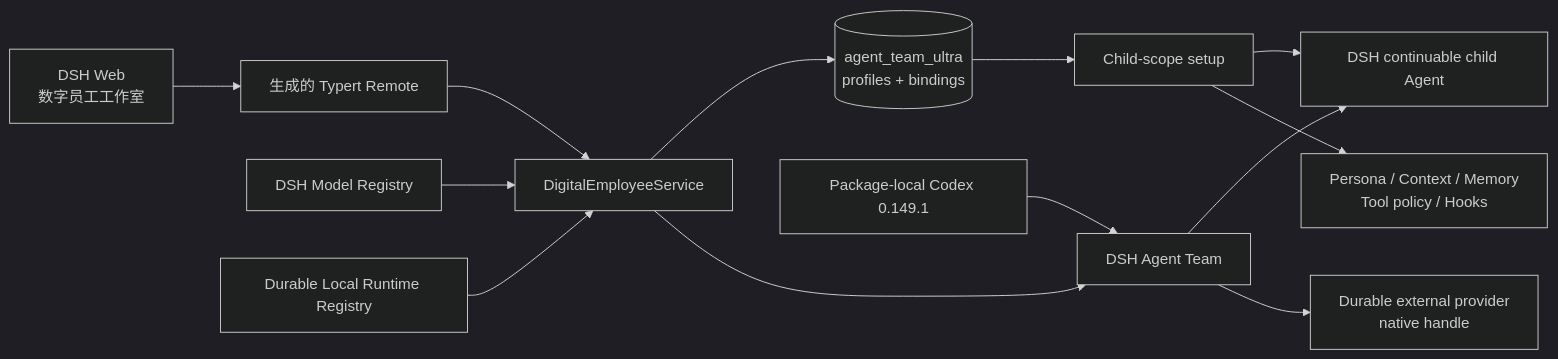
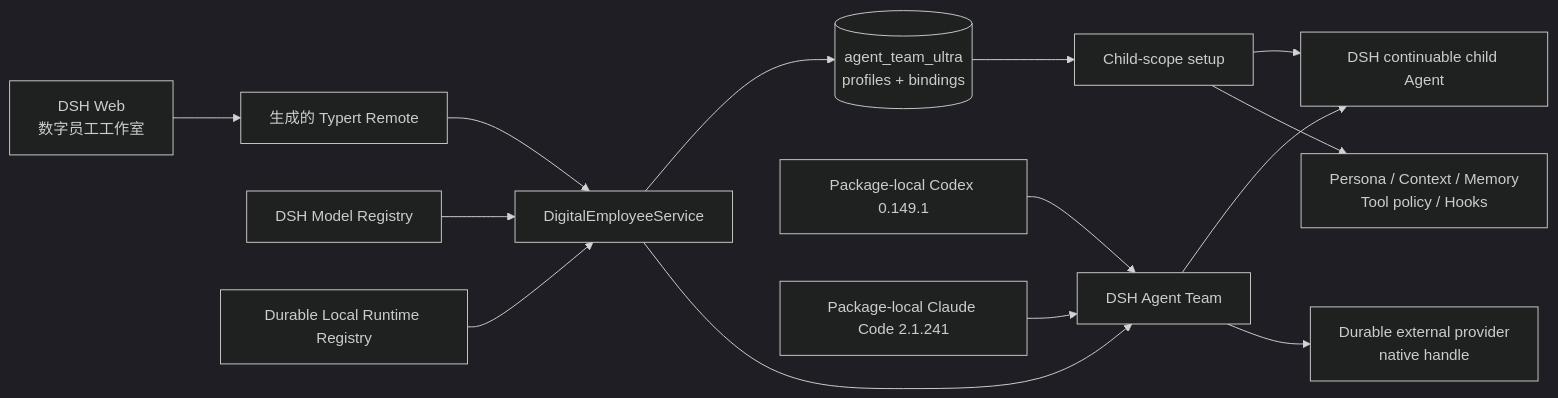
The diagram in docs/HANDOFF.md (benz-ai-x/dsh-agent-team-ultra), drawn with Mermaid (dark theme) before and after one commit. The commit also changed other lines of this file and 14 other files, not shown here.

First line of the commit message:
feat: activate durable Claude Code runtime backend

````diff
--- a/docs/HANDOFF.md
+++ b/docs/HANDOFF.md
@@ -46,15 +46,16 @@
 ```mermaid
 flowchart LR
   WEB[DSH Web\n数字员工工作室] --> REMOTE[生成的 Typert Remote]
   REMOTE --> HOST[DigitalEmployeeService]
   MODELS[DSH Model Registry] --> HOST
   LOCAL[Durable Local Runtime Registry] --> HOST
   HOST --> STORE[(agent_team_ultra\nprofiles + bindings)]
   HOST --> TEAM[DSH Agent Team]
   CODEX[Package-local Codex 0.149.1] --> TEAM
+  CLAUDE[Package-local Claude Code 2.1.241] --> TEAM
   TEAM --> CHILD[DSH continuable child Agent]
   TEAM --> NATIVE[Durable external provider\nnative handle]
   STORE --> SETUP[Child-scope setup]
   SETUP --> CHILD
   SETUP --> CAP[Persona / Context / Memory\nTool policy / Hooks]
 ```
````
